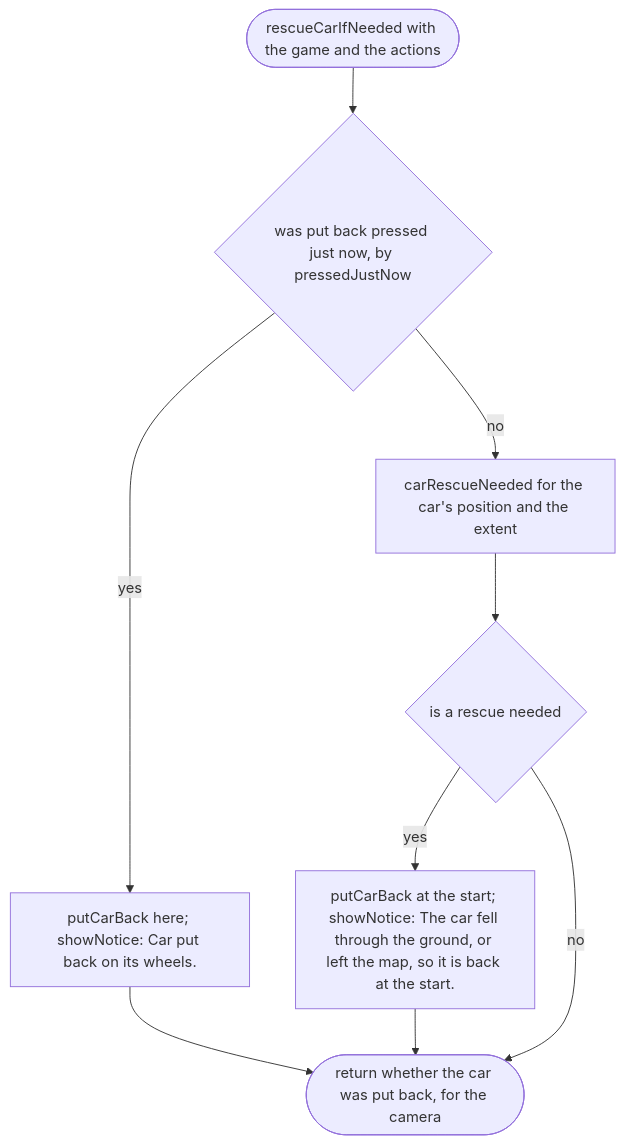
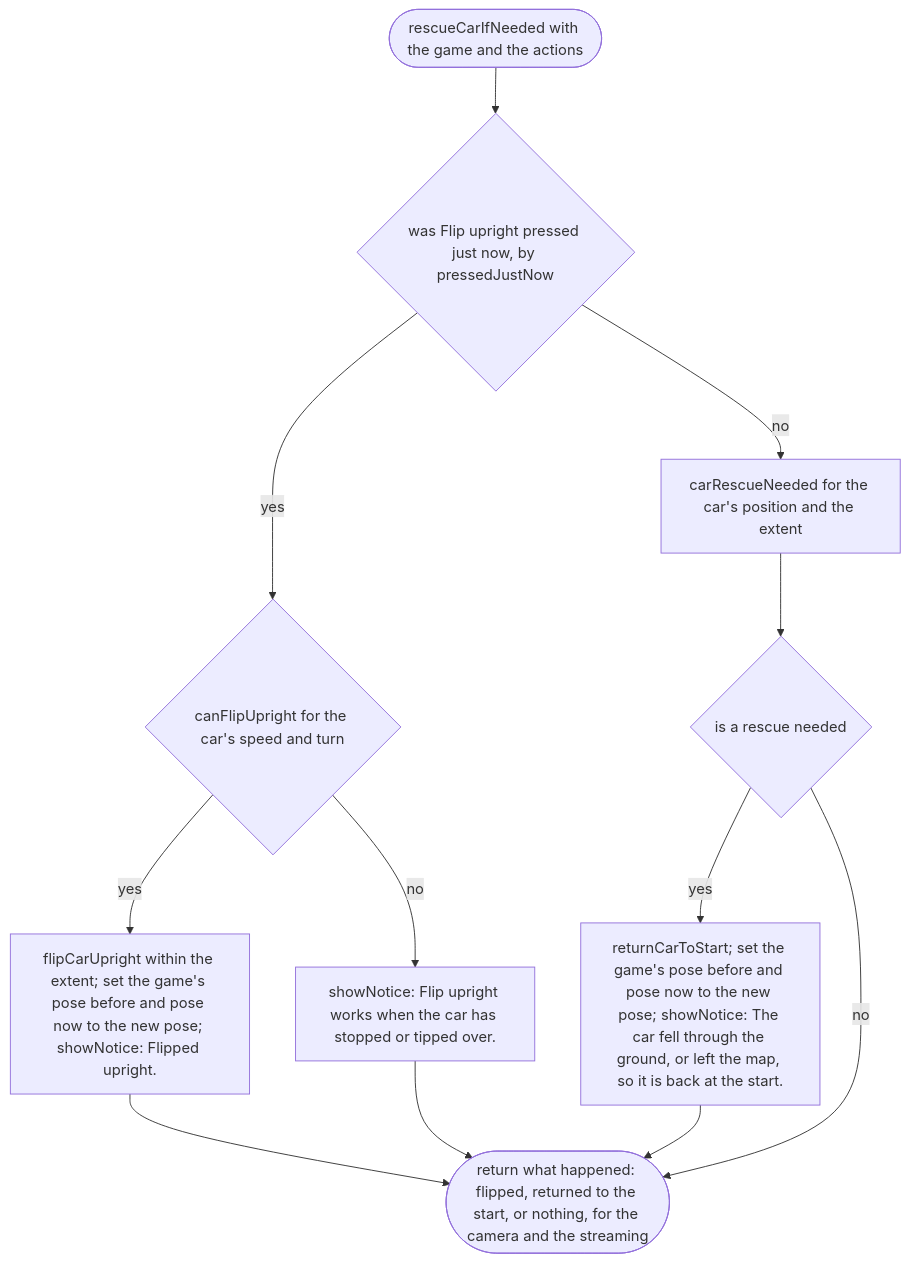
One commit to NewDara-Star/world-engine changed the fourth of 8 diagrams in docs/designs/src/game/loop.md. Above: the diagram before and after it, drawn with Mermaid. The commit also changed other lines of this file and 41 other files, not shown here.

````diff
--- a/docs/designs/src/game/loop.md
+++ b/docs/designs/src/game/loop.md
@@ -53,15 +55,19 @@
 ```mermaid
 flowchart TD
   s(["rescueCarIfNeeded with the game and the actions"])
-  a{"was put back pressed just now, by pressedJustNow"}
-  b["putCarBack here; showNotice: Car put back on its wheels."]
+  a{"was Flip upright pressed just now, by pressedJustNow"}
+  g{"canFlipUpright for the car's speed and turn"}
+  b["flipCarUpright within the extent; set the game's pose before and pose now to the new pose; showNotice: Flipped upright."]
+  h["showNotice: Flip upright works when the car has stopped or tipped over."]
   c["carRescueNeeded for the car's position and the extent"]
   d{"is a rescue needed"}
-  e["putCarBack at the start; showNotice: The car fell through the ground, or left the map, so it is back at the start."]
-  f(["return whether the car was put back, for the camera"])
+  e["returnCarToStart; set the game's pose before and pose now to the new pose; showNotice: The car fell through the ground, or left the map, so it is back at the start."]
+  f(["return what happened: flipped, returned to the start, or nothing, for the camera and the streaming"])
   s --> a
-  a -->|"yes"| b --> f
+  a -->|"yes"| g
+  g -->|"yes"| b --> f
+  g -->|"no"| h --> f
   a -->|"no"| c --> d
   d -->|"yes"| e --> f
   d -->|"no"| f
 ```
````
